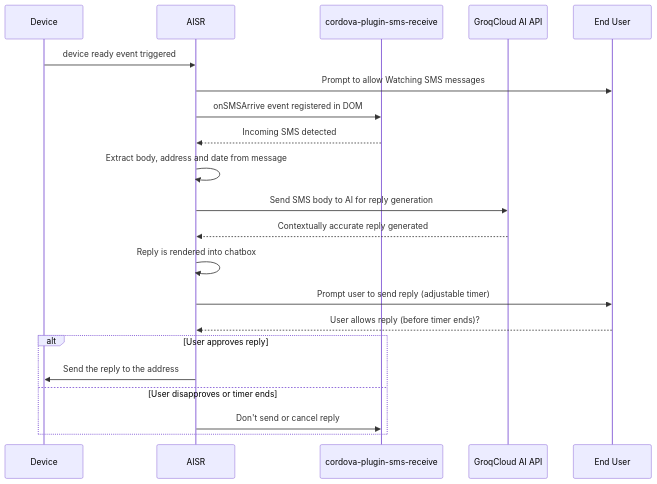
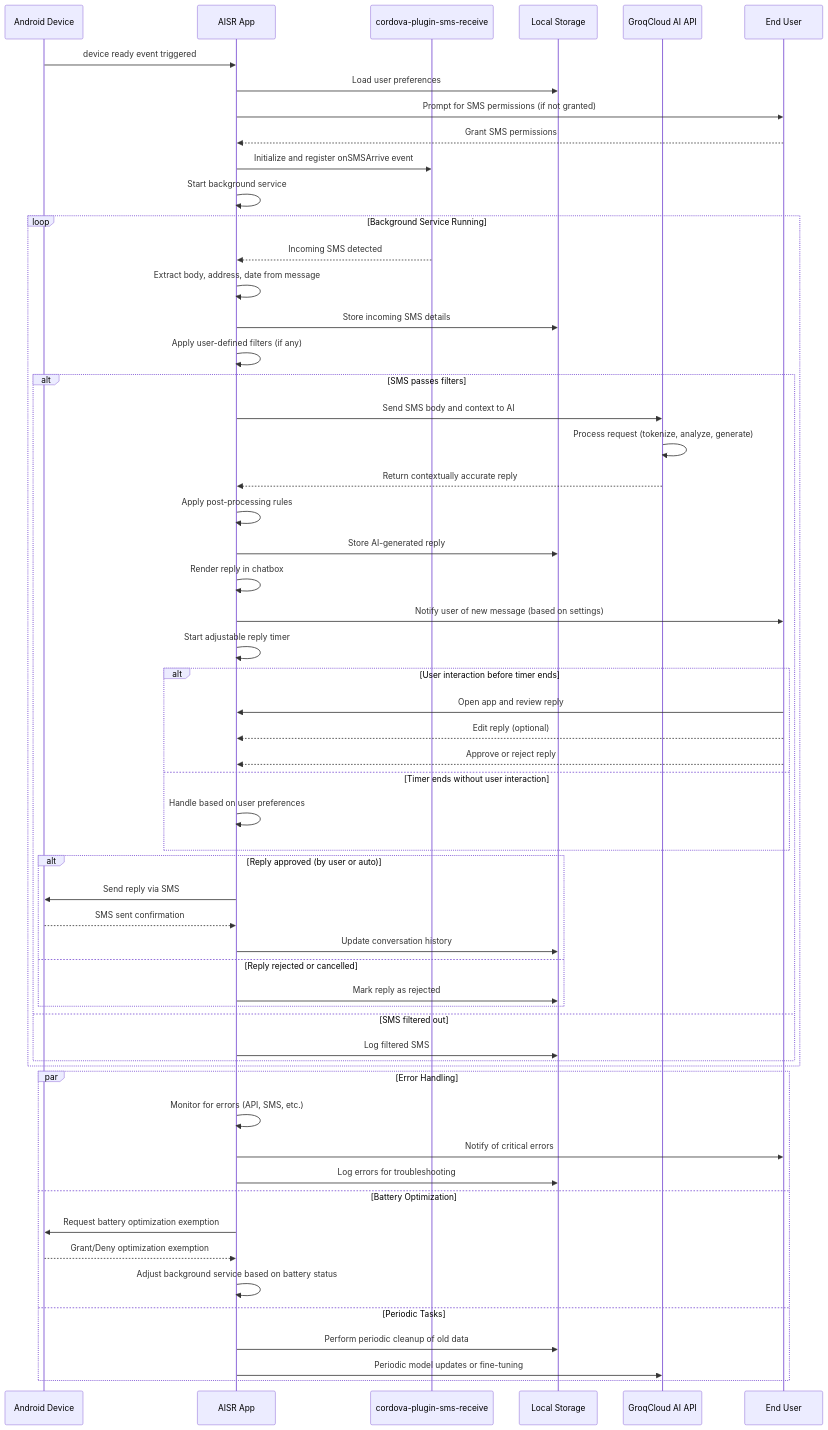
Before and after one commit to MurageKabui/AISR: the diagram in README.md, drawn with Mermaid.

````diff
--- a/README.md
+++ b/README.md
@@ -25,24 +25,64 @@
 ```mermaid
 sequenceDiagram
-    participant Device as Device
-    participant CordovaApp as AISR
+    participant Device as Android Device
+    participant CordovaApp as AISR App
     participant SMSReceive as cordova-plugin-sms-receive
+    participant Storage as Local Storage
     participant AI as GroqCloud AI API
     participant User as End User
 
     Device->>CordovaApp: device ready event triggered
-    CordovaApp->>User: Prompt to allow Watching SMS messages
-    CordovaApp->>SMSReceive: onSMSArrive event registered in DOM
-    SMSReceive-->>CordovaApp: Incoming SMS detected
-    CordovaApp->>CordovaApp: Extract body, address and date from message
-    CordovaApp->>AI: Send SMS body to AI for reply generation
-    AI-->>CordovaApp: Contextually accurate reply generated
-    CordovaApp->>CordovaApp: Reply is rendered into chatbox
-    CordovaApp->>User: Prompt user to send reply (adjustable timer)
-    User-->>CordovaApp: User allows reply (before timer ends)?
-    alt User approves reply
-        CordovaApp->>Device: Send the reply to the address
-    else User disapproves or timer ends
-        CordovaApp->>SMSReceive: Don't send or cancel reply
+    CordovaApp->>Storage: Load user preferences
+    CordovaApp->>User: Prompt for SMS permissions (if not granted)
+    User-->>CordovaApp: Grant SMS permissions
+    CordovaApp->>SMSReceive: Initialize and register onSMSArrive event
+    CordovaApp->>CordovaApp: Start background service
+
+    loop Background Service Running
+        SMSReceive-->>CordovaApp: Incoming SMS detected
+        CordovaApp->>CordovaApp: Extract body, address, date from message
+        CordovaApp->>Storage: Store incoming SMS details
+        CordovaApp->>CordovaApp: Apply user-defined filters (if any)
+        alt SMS passes filters
+            CordovaApp->>AI: Send SMS body and context to AI
+            AI->>AI: Process request (tokenize, analyze, generate)
+            AI-->>CordovaApp: Return contextually accurate reply
+            CordovaApp->>CordovaApp: Apply post-processing rules
+            CordovaApp->>Storage: Store AI-generated reply
+            CordovaApp->>CordovaApp: Render reply in chatbox
+            CordovaApp->>User: Notify user of new message (based on settings)
+            CordovaApp->>CordovaApp: Start adjustable reply timer
+            
+            alt User interaction before timer ends
+                User->>CordovaApp: Open app and review reply
+                User-->>CordovaApp: Edit reply (optional)
+                User-->>CordovaApp: Approve or reject reply
+            else Timer ends without user interaction
+                CordovaApp->>CordovaApp: Handle based on user preferences
+            end
+
+            alt Reply approved (by user or auto)
+                CordovaApp->>Device: Send reply via SMS
+                Device-->>CordovaApp: SMS sent confirmation
+                CordovaApp->>Storage: Update conversation history
+            else Reply rejected or cancelled
+                CordovaApp->>Storage: Mark reply as rejected
+            end
+        else SMS filtered out
+            CordovaApp->>Storage: Log filtered SMS
+        end
+    end
+
+    par Error Handling
+        CordovaApp->>CordovaApp: Monitor for errors (API, SMS, etc.)
+        CordovaApp->>User: Notify of critical errors
+        CordovaApp->>Storage: Log errors for troubleshooting
+    and Battery Optimization
+        CordovaApp->>Device: Request battery optimization exemption
+        Device-->>CordovaApp: Grant/Deny optimization exemption
+        CordovaApp->>CordovaApp: Adjust background service based on battery status
+    and Periodic Tasks
+        CordovaApp->>Storage: Perform periodic cleanup of old data
+        CordovaApp->>AI: Periodic model updates or fine-tuning
     end
 ```
````
